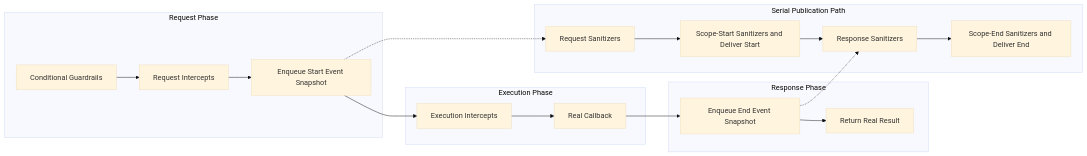
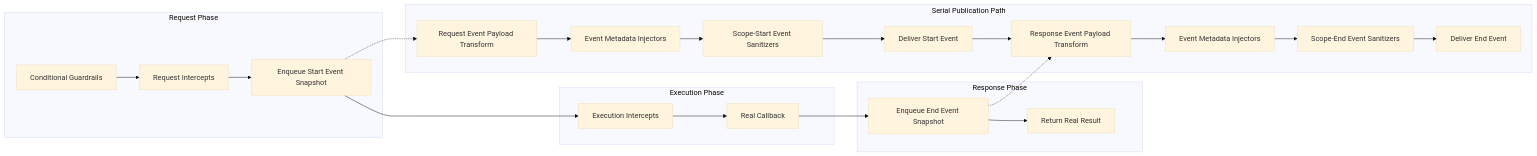
The first of 3 diagrams in docs/about-nemo-relay/concepts/middleware.mdx (AnuradhaKaruppiah/NeMo-Flow), drawn with Mermaid (base theme) before and after one commit. The commit also changed other lines of this file, not shown here.

First line of the commit message:
docs: document Event metadata injection (#801)

````diff
--- a/docs/about-nemo-relay/concepts/middleware.mdx
+++ b/docs/about-nemo-relay/concepts/middleware.mdx
@@ -250,35 +292,40 @@
 ```mermaid
 flowchart LR
     subgraph RequestPhase[Request Phase]
         Conditional[Conditional Guardrails]
         RequestIntercepts[Request Intercepts]
         QueueStart[Enqueue Start Event Snapshot]
         Conditional --> RequestIntercepts --> QueueStart
     end
 
     subgraph ExecutionPhase[Execution Phase]
         ExecutionIntercepts[Execution Intercepts]
         Callback[Real Callback]
         ExecutionIntercepts --> Callback
     end
 
     subgraph ResponsePhase[Response Phase]
         QueueEnd[Enqueue End Event Snapshot]
         Return[Return Real Result]
         QueueEnd --> Return
     end
 
     QueueStart --> ExecutionIntercepts
     Callback --> QueueEnd
 
     subgraph PublicationPath[Serial Publication Path]
-        RequestSanitizers[Request Sanitizers]
-        StartEvent[Scope-Start Sanitizers and Deliver Start]
-        ResponseSanitizers[Response Sanitizers]
-        EndEvent[Scope-End Sanitizers and Deliver End]
-        RequestSanitizers --> StartEvent --> ResponseSanitizers --> EndEvent
+        RequestTransform[Request Event Payload Transform]
+        StartInjection[Event Metadata Injectors]
+        StartSanitizers[Scope-Start Event Sanitizers]
+        DeliverStart[Deliver Start Event]
+        ResponseTransform[Response Event Payload Transform]
+        EndInjection[Event Metadata Injectors]
+        EndSanitizers[Scope-End Event Sanitizers]
+        DeliverEnd[Deliver End Event]
+        RequestTransform --> StartInjection --> StartSanitizers --> DeliverStart
+        DeliverStart --> ResponseTransform --> EndInjection --> EndSanitizers --> DeliverEnd
     end
 
-    QueueStart -.-> RequestSanitizers
-    QueueEnd -.-> ResponseSanitizers
+    QueueStart -.-> RequestTransform
+    QueueEnd -.-> ResponseTransform
 ```
````
